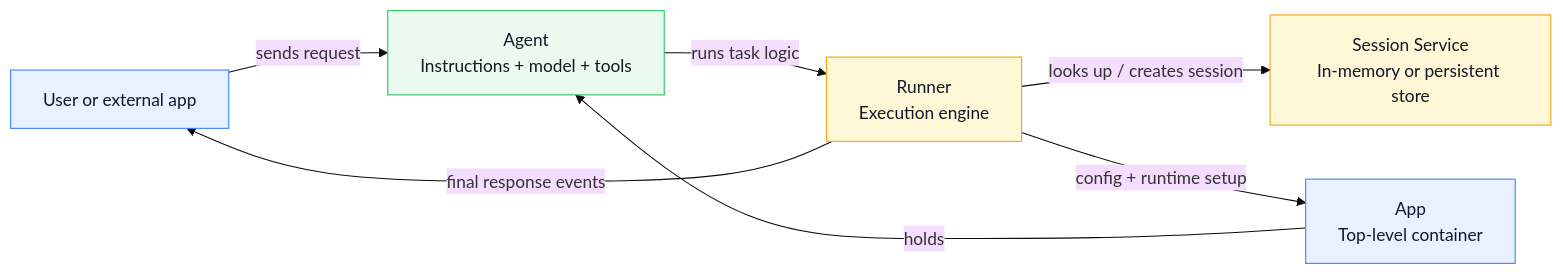
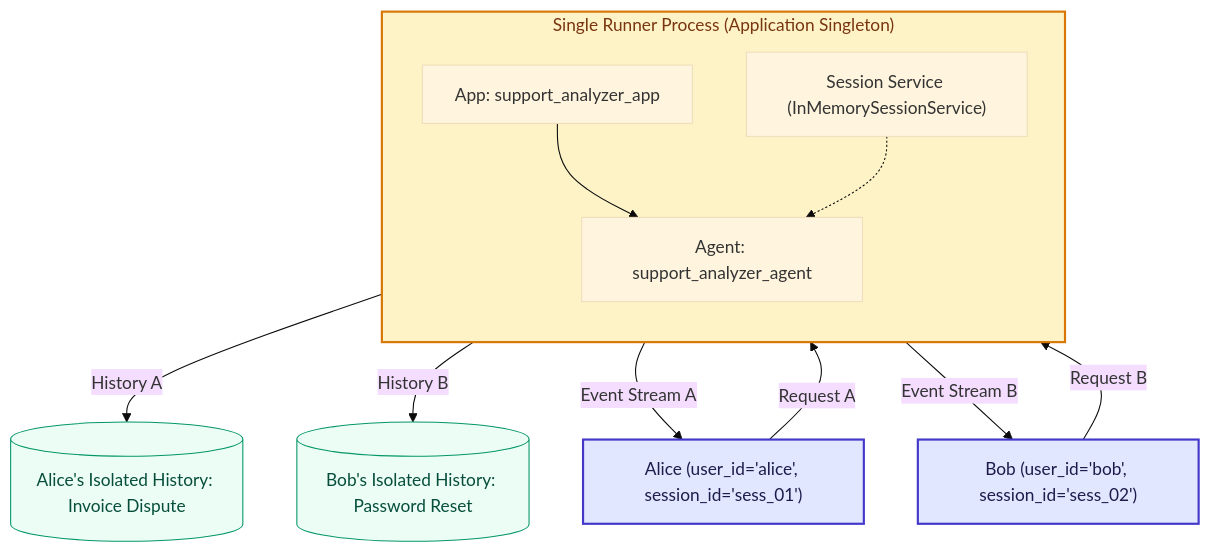
Before and after one commit to inderanz/google-adk-training: the second of 3 diagrams in training/module06-programmatic-execution/README.md, drawn with Mermaid (base theme). The commit also changed other lines of this file and 72 other files, not shown here.

````diff
--- a/training/module06-programmatic-execution/README.md
+++ b/training/module06-programmatic-execution/README.md
@@ -48,16 +107,29 @@
 ```mermaid
-flowchart LR
-    U[User or external app] -->|sends request| A[Agent\nInstructions + model + tools]
-    A -->|runs task logic| R[Runner\nExecution engine]
-    R -->|looks up / creates session| S[Session Service\nIn-memory or persistent store]
-    R -->|config + runtime setup| APP[App\nTop-level container]
-    APP -->|holds| A
-    R -->|final response events| U
+flowchart TB
+    subgraph RunnerInstance["Single Runner Process (Application Singleton)"]
+        direction TB
+        AppContainer["App: support_analyzer_app"]
+        RootAgentNode["Agent: support_analyzer_agent"]
+        SessionSvc["Session Service (InMemorySessionService)"]
 
-    classDef blue fill:#e8f1ff,stroke:#3b82f6,color:#111827;
-    classDef green fill:#eafaf1,stroke:#22c55e,color:#111827;
-    classDef yellow fill:#fff7d6,stroke:#f59e0b,color:#111827;
-    class U,APP blue;
-    class A green;
-    class R,S yellow;
+        AppContainer --> RootAgentNode
+        SessionSvc -.-> RootAgentNode
+    end
+
+    ClientAlice["Alice (user_id='alice', session_id='sess_01')"] -->|Request A| RunnerInstance
+    ClientBob["Bob (user_id='bob', session_id='sess_02')"] -->|Request B| RunnerInstance
+
+    SessionSvc -->|History A| HistoryAlice[("Alice's Isolated History: Invoice Dispute")]
+    SessionSvc -->|History B| HistoryBob[("Bob's Isolated History: Password Reset")]
+
+    RunnerInstance -->|Event Stream A| ClientAlice
+    RunnerInstance -->|Event Stream B| ClientBob
+
+    classDef runnerBox fill:#fef3c7,stroke:#d97706,stroke-width:2px,color:#78350f;
+    classDef clientBox fill:#e0e7ff,stroke:#4338ca,stroke-width:2px,color:#1e1b4b;
+    classDef historyBox fill:#ecfdf5,stroke:#059669,stroke-width:1px,color:#064e3b;
+
+    class RunnerInstance runnerBox;
+    class ClientAlice,ClientBob clientBox;
+    class HistoryAlice,HistoryBob historyBox;
 ```
````
